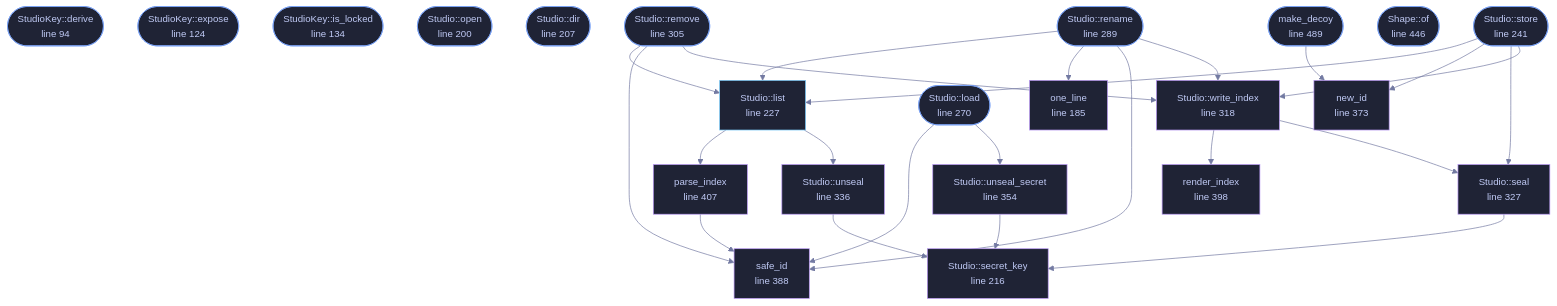
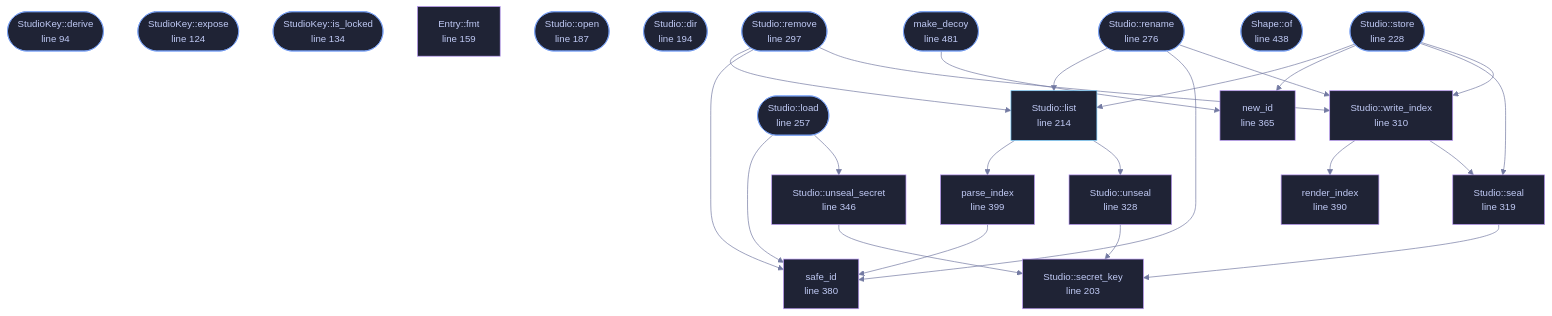
The diagram in wiki/File-veilvoice-crypto-studio.md (tilas01/veilvoice), drawn with Mermaid before and after one commit. The commit also changed other lines of this file and 68 other files, not shown here.

````diff
--- a/wiki/File-veilvoice-crypto-studio.md
+++ b/wiki/File-veilvoice-crypto-studio.md
@@ -119,76 +117,75 @@
 ```mermaid
 %%{init: {"theme":"base","themeVariables":{"background":"#1a1b26","primaryColor":"#1f2335","primaryTextColor":"#c0caf5","primaryBorderColor":"#7aa2f7","secondaryColor":"#16161e","tertiaryColor":"#16161e","lineColor":"#737aa2","textColor":"#c0caf5","mainBkg":"#1f2335","nodeBorder":"#7aa2f7","clusterBkg":"#16161e","clusterBorder":"#2f3549","fontFamily":"ui-monospace, SFMono-Regular, Consolas, monospace","fontSize":"14px"}}}%%
 flowchart TD
     n_derive(["StudioKey::derive<br/>line 94"])
     n_expose(["StudioKey::expose<br/>line 124"])
     n_is_locked(["StudioKey::is_locked<br/>line 134"])
-    n_one_line["one_line<br/>line 185"]
-    n_open(["Studio::open<br/>line 200"])
-    n_dir(["Studio::dir<br/>line 207"])
-    n_secret_key["Studio::secret_key<br/>line 216"]
-    n_list["Studio::list<br/>line 227"]
-    n_store(["Studio::store<br/>line 241"])
-    n_load(["Studio::load<br/>line 270"])
-    n_rename(["Studio::rename<br/>line 289"])
-    n_remove(["Studio::remove<br/>line 305"])
-    n_write_index["Studio::write_index<br/>line 318"]
-    n_seal["Studio::seal<br/>line 327"]
-    n_unseal["Studio::unseal<br/>line 336"]
-    n_unseal_secret["Studio::unseal_secret<br/>line 354"]
-    n_new_id["new_id<br/>line 373"]
-    n_safe_id["safe_id<br/>line 388"]
-    n_render_index["render_index<br/>line 398"]
-    n_parse_index["parse_index<br/>line 407"]
-    n_of(["Shape::of<br/>line 446"])
-    n_make_decoy(["make_decoy<br/>line 489"])
+    n_fmt["Entry::fmt<br/>line 159"]
+    n_open(["Studio::open<br/>line 187"])
+    n_dir(["Studio::dir<br/>line 194"])
+    n_secret_key["Studio::secret_key<br/>line 203"]
+    n_list["Studio::list<br/>line 214"]
+    n_store(["Studio::store<br/>line 228"])
+    n_load(["Studio::load<br/>line 257"])
+    n_rename(["Studio::rename<br/>line 276"])
+    n_remove(["Studio::remove<br/>line 297"])
+    n_write_index["Studio::write_index<br/>line 310"]
+    n_seal["Studio::seal<br/>line 319"]
+    n_unseal["Studio::unseal<br/>line 328"]
+    n_unseal_secret["Studio::unseal_secret<br/>line 346"]
+    n_new_id["new_id<br/>line 365"]
+    n_safe_id["safe_id<br/>line 380"]
+    n_render_index["render_index<br/>line 390"]
+    n_parse_index["parse_index<br/>line 399"]
+    n_of(["Shape::of<br/>line 438"])
+    n_make_decoy(["make_decoy<br/>line 481"])
     n_list --> n_parse_index
     n_list --> n_unseal
     n_load --> n_safe_id
     n_load --> n_unseal_secret
     n_make_decoy --> n_new_id
     n_parse_index --> n_safe_id
     n_remove --> n_list
     n_remove --> n_safe_id
     n_remove --> n_write_index
     n_rename --> n_list
-    n_rename --> n_one_line
     n_rename --> n_safe_id
     n_rename --> n_write_index
     n_seal --> n_secret_key
     n_store --> n_list
     n_store --> n_new_id
     n_store --> n_seal
     n_store --> n_write_index
     n_unseal --> n_secret_key
     n_unseal_secret --> n_secret_key
     n_write_index --> n_render_index
     n_write_index --> n_seal
     click n_derive href "https://github.com/tilas01/veilvoice/blob/main/crates/veilvoice-crypto/src/studio.rs#L94" "open the source"
     click n_expose href "https://github.com/tilas01/veilvoice/blob/main/crates/veilvoice-crypto/src/studio.rs#L124" "open the source"
     click n_is_locked href "https://github.com/tilas01/veilvoice/blob/main/crates/veilvoice-crypto/src/studio.rs#L134" "open the source"
-    click n_one_line href "https://github.com/tilas01/veilvoice/blob/main/crates/veilvoice-crypto/src/studio.rs#L185" "open the source"
-    click n_open href "https://github.com/tilas01/veilvoice/blob/main/crates/veilvoice-crypto/src/studio.rs#L200" "open the source"
-    click n_dir href "https://github.com/tilas01/veilvoice/blob/main/crates/veilvoice-crypto/src/studio.rs#L207" "open the source"
-    click n_secret_key href "https://github.com/tilas01/veilvoice/blob/main/crates/veilvoice-crypto/src/studio.rs#L216" "open the source"
-    click n_list href "https://github.com/tilas01/veilvoice/blob/main/crates/veilvoice-crypto/src/studio.rs#L227" "open the source"
-    click n_store href "https://github.com/tilas01/veilvoice/blob/main/crates/veilvoice-crypto/src/studio.rs#L241" "open the source"
-    click n_load href "https://github.com/tilas01/veilvoice/blob/main/crates/veilvoice-crypto/src/studio.rs#L270" "open the source"
-    click n_rename href "https://github.com/tilas01/veilvoice/blob/main/crates/veilvoice-crypto/src/studio.rs#L289" "open the source"
-    click n_remove href "https://github.com/tilas01/veilvoice/blob/main/crates/veilvoice-crypto/src/studio.rs#L305" "open the source"
-    click n_write_index href "https://github.com/tilas01/veilvoice/blob/main/crates/veilvoice-crypto/src/studio.rs#L318" "open the source"
-    click n_seal href "https://github.com/tilas01/veilvoice/blob/main/crates/veilvoice-crypto/src/studio.rs#L327" "open the source"
-    click n_unseal href "https://github.com/tilas01/veilvoice/blob/main/crates/veilvoice-crypto/src/studio.rs#L336" "open the source"
-    click n_unseal_secret href "https://github.com/tilas01/veilvoice/blob/main/crates/veilvoice-crypto/src/studio.rs#L354" "open the source"
-    click n_new_id href "https://github.com/tilas01/veilvoice/blob/main/crates/veilvoice-crypto/src/studio.rs#L373" "open the source"
-    click n_safe_id href "https://github.com/tilas01/veilvoice/blob/main/crates/veilvoice-crypto/src/studio.rs#L388" "open the source"
-    click n_render_index href "https://github.com/tilas01/veilvoice/blob/main/crates/veilvoice-crypto/src/studio.rs#L398" "open the source"
-    click n_parse_index href "https://github.com/tilas01/veilvoice/blob/main/crates/veilvoice-crypto/src/studio.rs#L407" "open the source"
-    click n_of href "https://github.com/tilas01/veilvoice/blob/main/crates/veilvoice-crypto/src/studio.rs#L446" "open the source"
-    click n_make_decoy href "https://github.com/tilas01/veilvoice/blob/main/crates/veilvoice-crypto/src/studio.rs#L489" "open the source"
+    click n_fmt href "https://github.com/tilas01/veilvoice/blob/main/crates/veilvoice-crypto/src/studio.rs#L159" "open the source"
+    click n_open href "https://github.com/tilas01/veilvoice/blob/main/crates/veilvoice-crypto/src/studio.rs#L187" "open the source"
+    click n_dir href "https://github.com/tilas01/veilvoice/blob/main/crates/veilvoice-crypto/src/studio.rs#L194" "open the source"
+    click n_secret_key href "https://github.com/tilas01/veilvoice/blob/main/crates/veilvoice-crypto/src/studio.rs#L203" "open the source"
+    click n_list href "https://github.com/tilas01/veilvoice/blob/main/crates/veilvoice-crypto/src/studio.rs#L214" "open the source"
+    click n_store href "https://github.com/tilas01/veilvoice/blob/main/crates/veilvoice-crypto/src/studio.rs#L228" "open the source"
+    click n_load href "https://github.com/tilas01/veilvoice/blob/main/crates/veilvoice-crypto/src/studio.rs#L257" "open the source"
+    click n_rename href "https://github.com/tilas01/veilvoice/blob/main/crates/veilvoice-crypto/src/studio.rs#L276" "open the source"
+    click n_remove href "https://github.com/tilas01/veilvoice/blob/main/crates/veilvoice-crypto/src/studio.rs#L297" "open the source"
+    click n_write_index href "https://github.com/tilas01/veilvoice/blob/main/crates/veilvoice-crypto/src/studio.rs#L310" "open the source"
+    click n_seal href "https://github.com/tilas01/veilvoice/blob/main/crates/veilvoice-crypto/src/studio.rs#L319" "open the source"
+    click n_unseal href "https://github.com/tilas01/veilvoice/blob/main/crates/veilvoice-crypto/src/studio.rs#L328" "open the source"
+    click n_unseal_secret href "https://github.com/tilas01/veilvoice/blob/main/crates/veilvoice-crypto/src/studio.rs#L346" "open the source"
+    click n_new_id href "https://github.com/tilas01/veilvoice/blob/main/crates/veilvoice-crypto/src/studio.rs#L365" "open the source"
+    click n_safe_id href "https://github.com/tilas01/veilvoice/blob/main/crates/veilvoice-crypto/src/studio.rs#L380" "open the source"
+    click n_render_index href "https://github.com/tilas01/veilvoice/blob/main/crates/veilvoice-crypto/src/studio.rs#L390" "open the source"
+    click n_parse_index href "https://github.com/tilas01/veilvoice/blob/main/crates/veilvoice-crypto/src/studio.rs#L399" "open the source"
+    click n_of href "https://github.com/tilas01/veilvoice/blob/main/crates/veilvoice-crypto/src/studio.rs#L438" "open the source"
+    click n_make_decoy href "https://github.com/tilas01/veilvoice/blob/main/crates/veilvoice-crypto/src/studio.rs#L481" "open the source"
     classDef entry fill:#1f2335,stroke:#7aa2f7,color:#c0caf5
     class n_derive,n_expose,n_is_locked,n_open,n_dir,n_store,n_load,n_rename,n_remove,n_of,n_make_decoy entry
     classDef api fill:#1f2335,stroke:#7dcfff,color:#c0caf5
     class n_list api
     classDef helper fill:#1f2335,stroke:#bb9af7,color:#c0caf5
-    class n_one_line,n_secret_key,n_write_index,n_seal,n_unseal,n_unseal_secret,n_new_id,n_safe_id,n_render_index,n_parse_index helper
+    class n_fmt,n_secret_key,n_write_index,n_seal,n_unseal,n_unseal_secret,n_new_id,n_safe_id,n_render_index,n_parse_index helper
 ```
````
